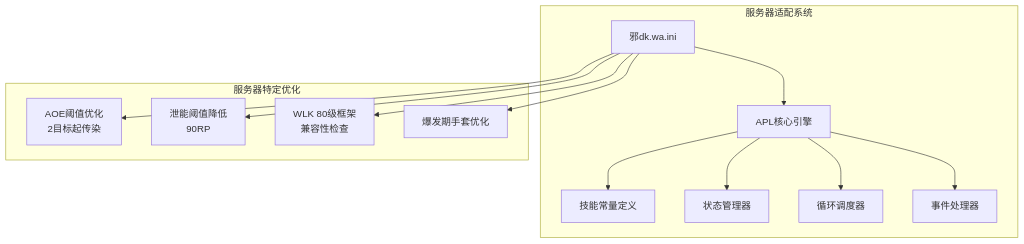
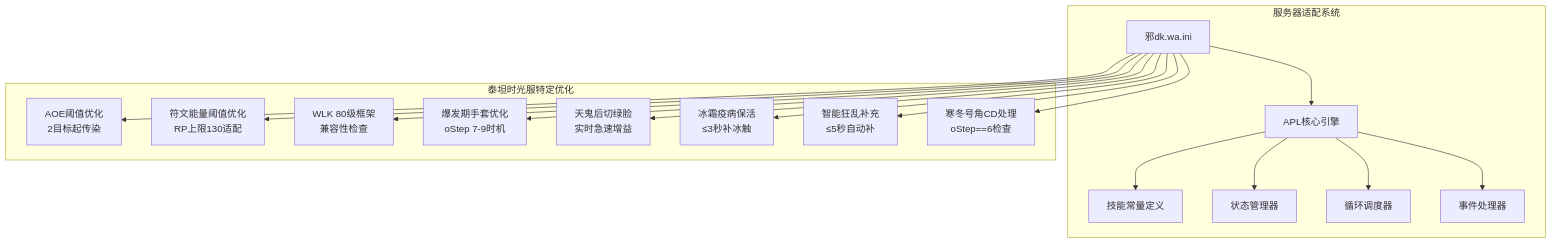
Before and after one commit to q89277718/WOW-For-MRF: the first of 12 diagrams in .qoder/repowiki/zh/content/服务器适配说明.md, drawn with Mermaid. The commit also changed other lines of this file and 61 other files, not shown here.

````diff
--- a/.qoder/repowiki/zh/content/服务器适配说明.md
+++ b/.qoder/repowiki/zh/content/服务器适配说明.md
@@ -31,20 +42,28 @@
 ```mermaid
 graph TB
 subgraph "服务器适配系统"
 A[邪dk.wa.ini] --> B[APL核心引擎]
 B --> C[技能常量定义]
 B --> D[状态管理器]
 B --> E[循环调度器]
 B --> F[事件处理器]
 end
-subgraph "服务器特定优化"
+subgraph "泰坦时光服特定优化"
 G[AOE阈值优化<br/>2目标起传染]
-H[泄能阈值降低<br/>90RP]
+H[符文能量阈值优化<br/>RP上限130适配]
 I[WLK 80级框架<br/>兼容性检查]
-J[爆发期手套优化]
+J[爆发期手套优化<br/>oStep 7-9时机]
+K[天鬼后切绿脸<br/>实时急速增益]
+L[冰霜疫病保活<br/>≤3秒补冰触]
+M[智能狂乱补充<br/>≤5秒自动补]
+N[寒冬号角CD处理<br/>oStep==6检查]
 end
 A --> G
 A --> H
 A --> I
 A --> J
+A --> K
+A --> L
+A --> M
+A --> N
 ```
````
